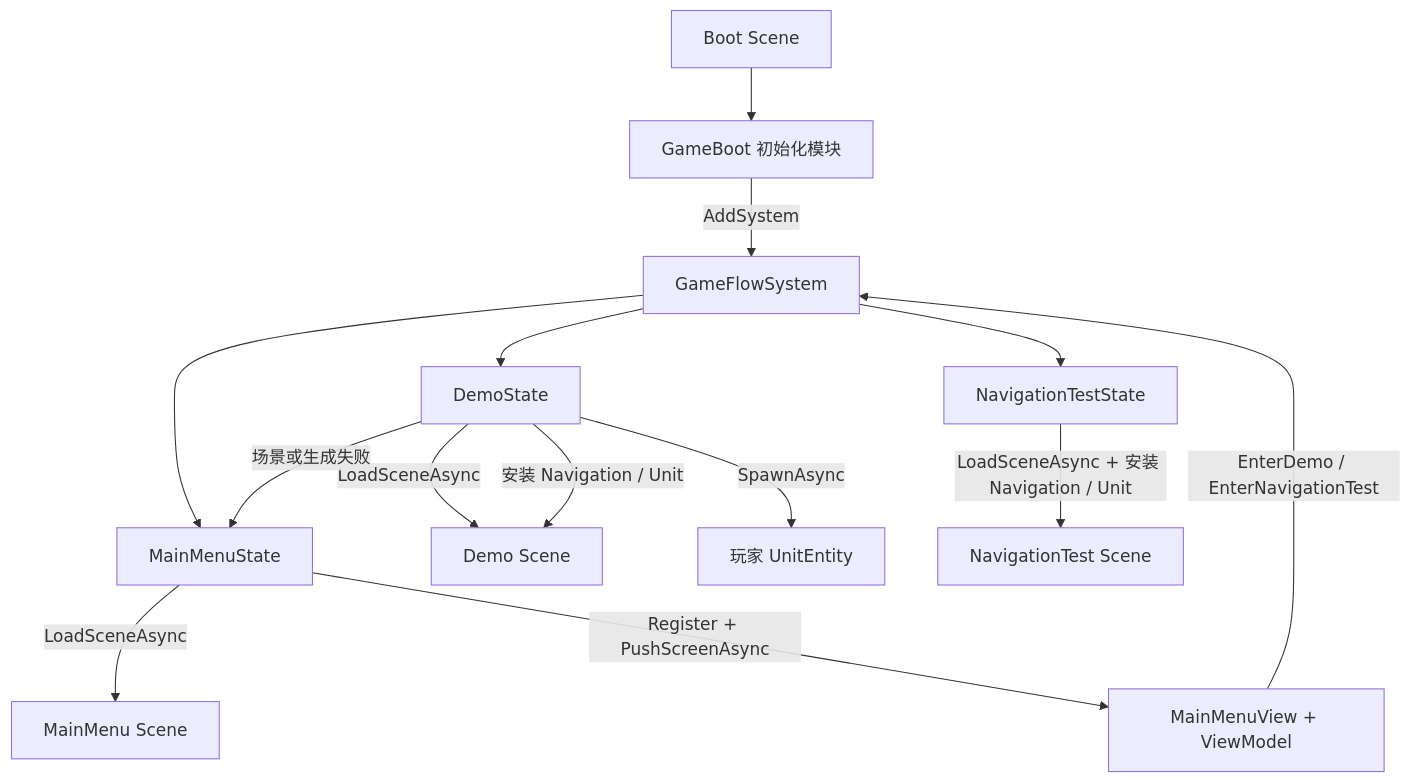
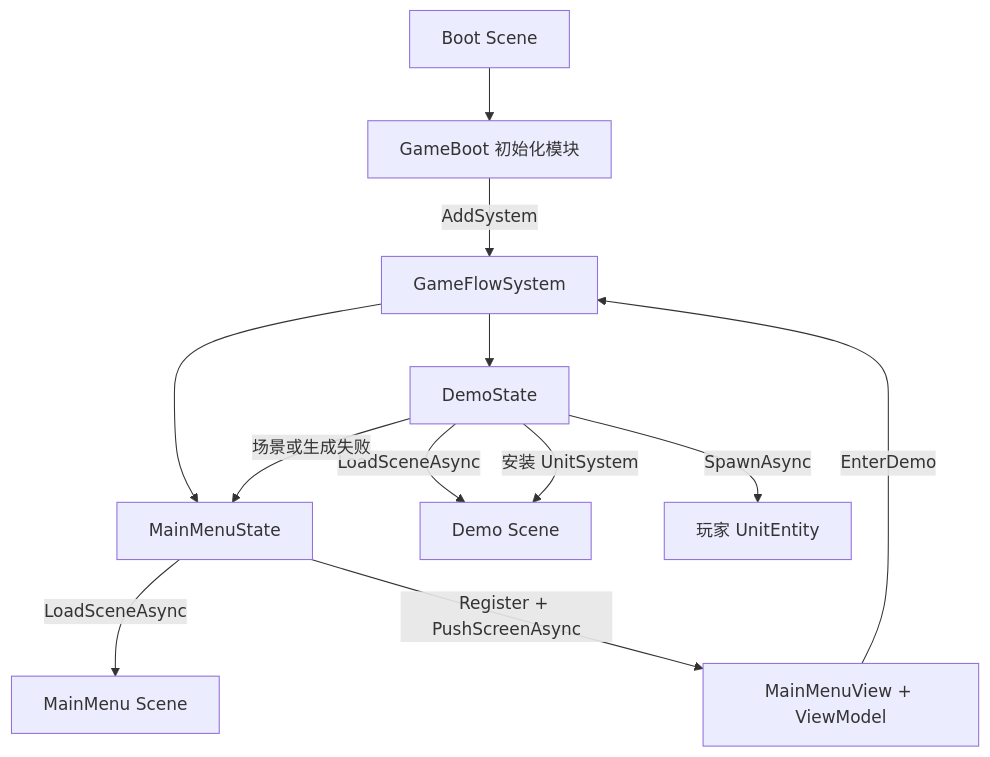
One commit to WLDZS/Tiny-Nations changed the fifth of 5 diagrams in Assets/Doc/FrameworkNavigation.md. Above: the diagram before and after it, drawn with Mermaid. The commit also changed other lines of this file and 193 other files, not shown here.

````diff
--- a/Assets/Doc/FrameworkNavigation.md
+++ b/Assets/Doc/FrameworkNavigation.md
@@ -356,16 +356,14 @@
 ```mermaid
 flowchart TD
     BootScene["Boot Scene"] --> GameBoot["GameBoot 初始化模块"]
     GameBoot -->|AddSystem| GameFlow["GameFlowSystem"]
     GameFlow --> MainMenuState["MainMenuState"]
     MainMenuState -->|LoadSceneAsync| MainMenuScene["MainMenu Scene"]
     MainMenuState -->|Register + PushScreenAsync| MainMenuUI["MainMenuView + ViewModel"]
-    MainMenuUI -->|EnterDemo / EnterNavigationTest| GameFlow
+    MainMenuUI -->|EnterDemo| GameFlow
     GameFlow --> DemoState["DemoState"]
     DemoState -->|LoadSceneAsync| DemoScene["Demo Scene"]
-    DemoState -->|安装 Navigation / Unit| DemoScene
+    DemoState -->|安装 UnitSystem| DemoScene
     DemoState -->|SpawnAsync| Player["玩家 UnitEntity"]
     DemoState -->|场景或生成失败| MainMenuState
-    GameFlow --> NavigationTestState["NavigationTestState"]
-    NavigationTestState -->|LoadSceneAsync + 安装 Navigation / Unit| NavigationTestScene["NavigationTest Scene"]
 ```
````
